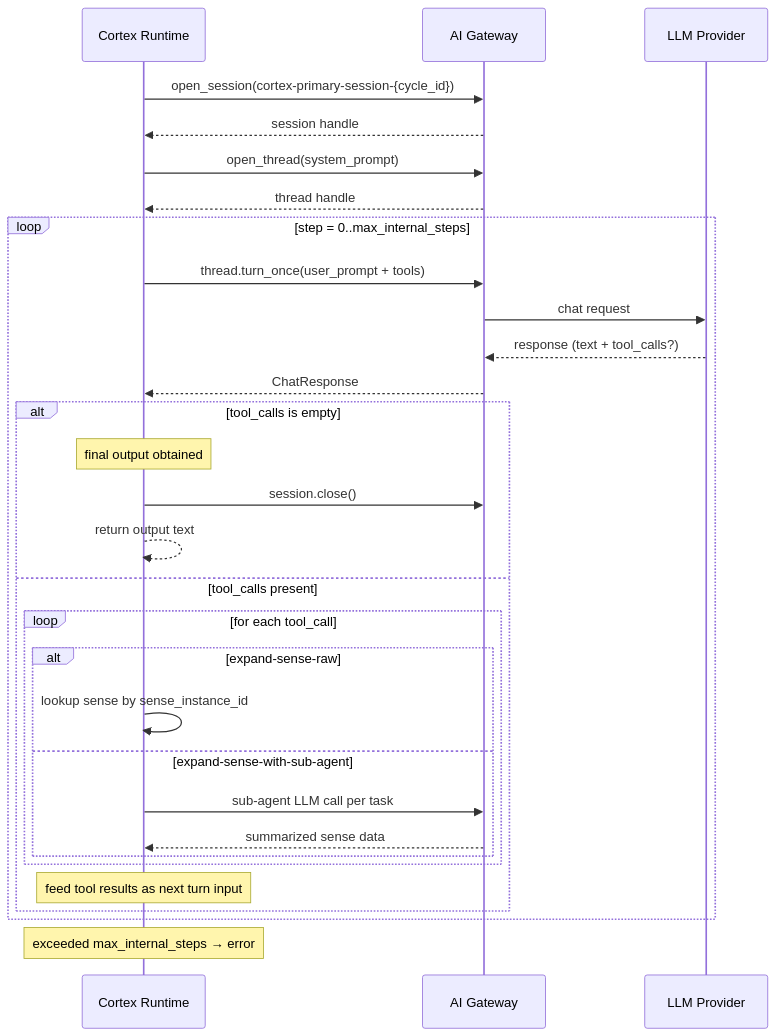
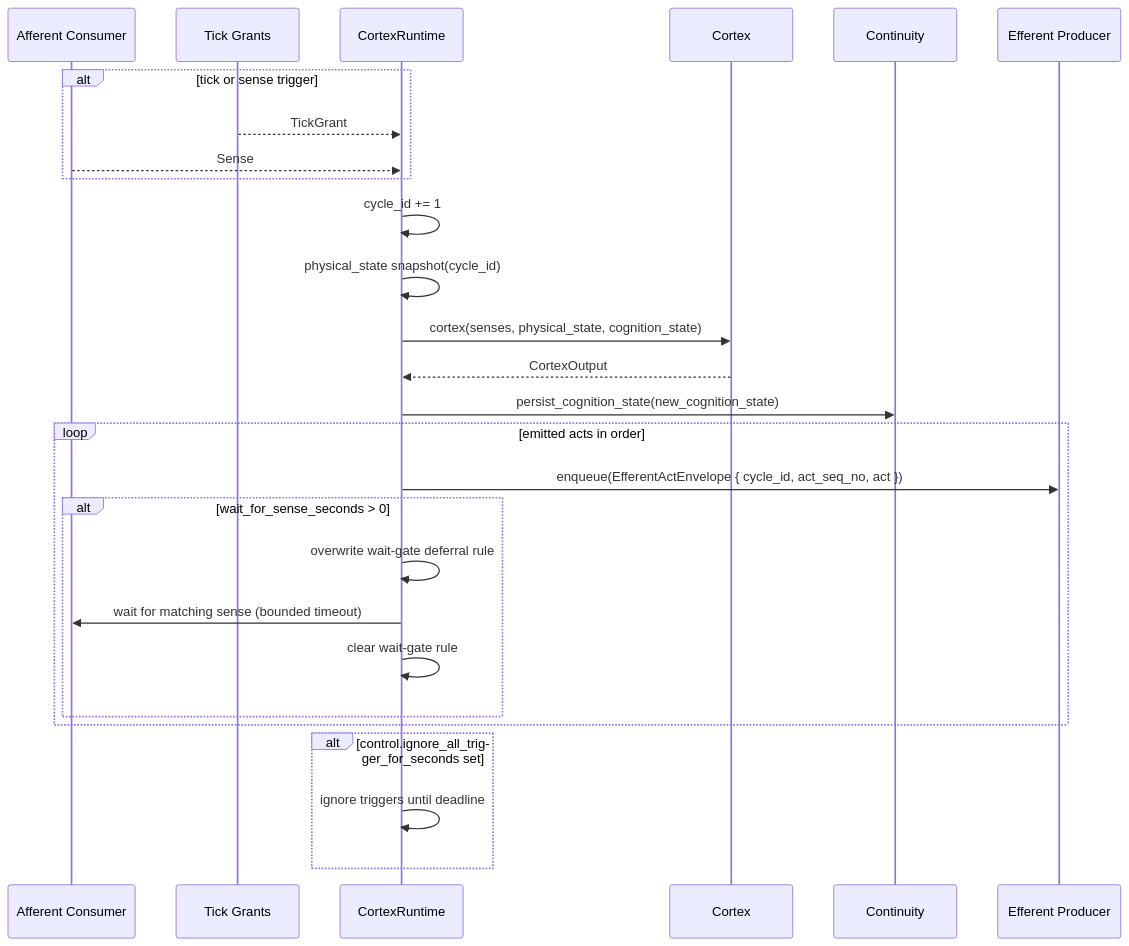
Before and after one commit to xiaoland/Beluna: the diagram in docs/modules/cortex/TOPOGRAPHY.md, drawn with Mermaid. The commit also changed other lines of this file and 107 other files, not shown here.

````diff
--- a/docs/modules/cortex/TOPOGRAPHY.md
+++ b/docs/modules/cortex/TOPOGRAPHY.md
@@ -198,36 +68,34 @@
 ```mermaid
 sequenceDiagram
-    participant Runtime as Cortex Runtime
-    participant GW as AI Gateway
-    participant LLM as LLM Provider
+    participant AR as Afferent Consumer
+    participant TK as Tick Grants
+    participant CR as CortexRuntime
+    participant CX as Cortex
+    participant CT as Continuity
+    participant EP as Efferent Producer
 
-    Runtime->>GW: open_session(cortex-primary-session-{cycle_id})
-    GW-->>Runtime: session handle
-    Runtime->>GW: open_thread(system_prompt)
-    GW-->>Runtime: thread handle
+    alt tick or sense trigger
+        TK-->>CR: TickGrant
+        AR-->>CR: Sense
+    end
 
-    loop step = 0..max_internal_steps
-        Runtime->>GW: thread.turn_once(user_prompt + tools)
-        GW->>LLM: chat request
-        LLM-->>GW: response (text + tool_calls?)
-        GW-->>Runtime: ChatResponse
+    CR->>CR: cycle_id += 1
+    CR->>CR: physical_state snapshot(cycle_id)
+    CR->>CX: cortex(senses, physical_state, cognition_state)
+    CX-->>CR: CortexOutput
 
-        alt tool_calls is empty
-            Note over Runtime: final output obtained
-            Runtime->>GW: session.close()
-            Runtime-->>Runtime: return output text
-        else tool_calls present
-            loop for each tool_call
-                alt expand-sense-raw
-                    Runtime->>Runtime: lookup sense by sense_instance_id
-                else expand-sense-with-sub-agent
-                    Runtime->>GW: sub-agent LLM call per task
-                    GW-->>Runtime: summarized sense data
-                end
-            end
-            Note over Runtime: feed tool results as next turn input
+    CR->>CT: persist_cognition_state(new_cognition_state)
+
+    loop emitted acts in order
+        CR->>EP: enqueue(EfferentActEnvelope { cycle_id, act_seq_no, act })
+        alt wait_for_sense_seconds > 0
+            CR->>CR: overwrite wait-gate deferral rule
+            CR->>AR: wait for matching sense (bounded timeout)
+            CR->>CR: clear wait-gate rule
         end
     end
 
-    Note over Runtime: exceeded max_internal_steps → error
+    alt control.ignore_all_trigger_for_seconds set
+        CR->>CR: ignore triggers until deadline
+    end
 ```
````
